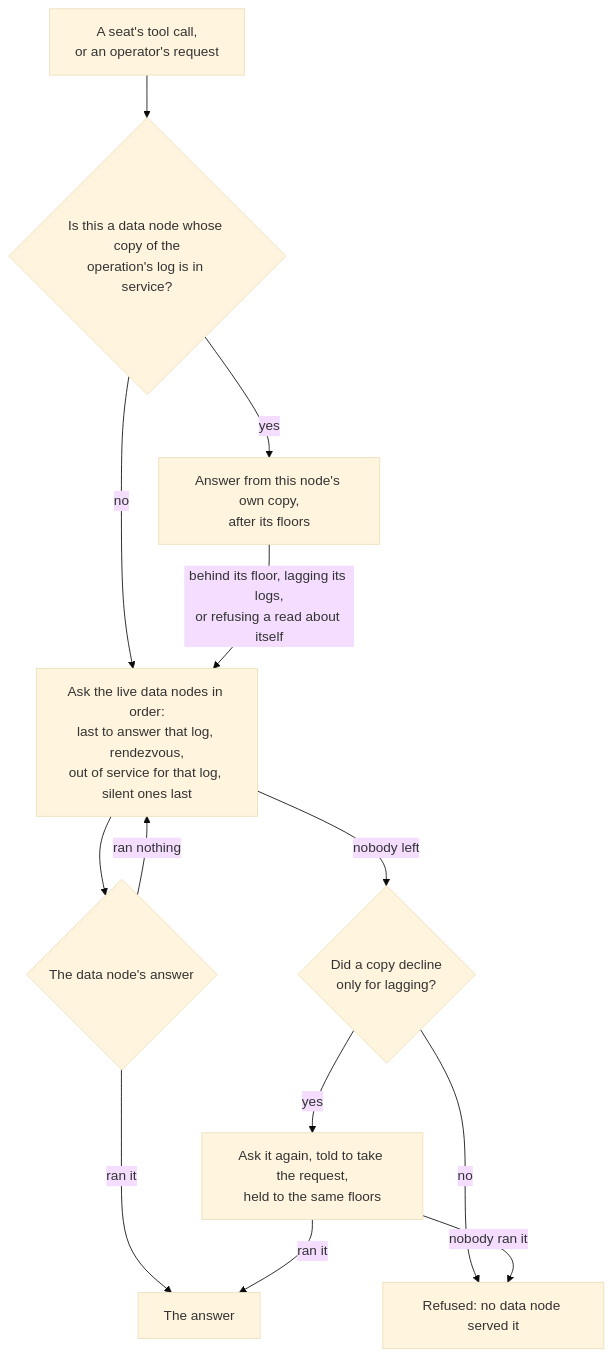
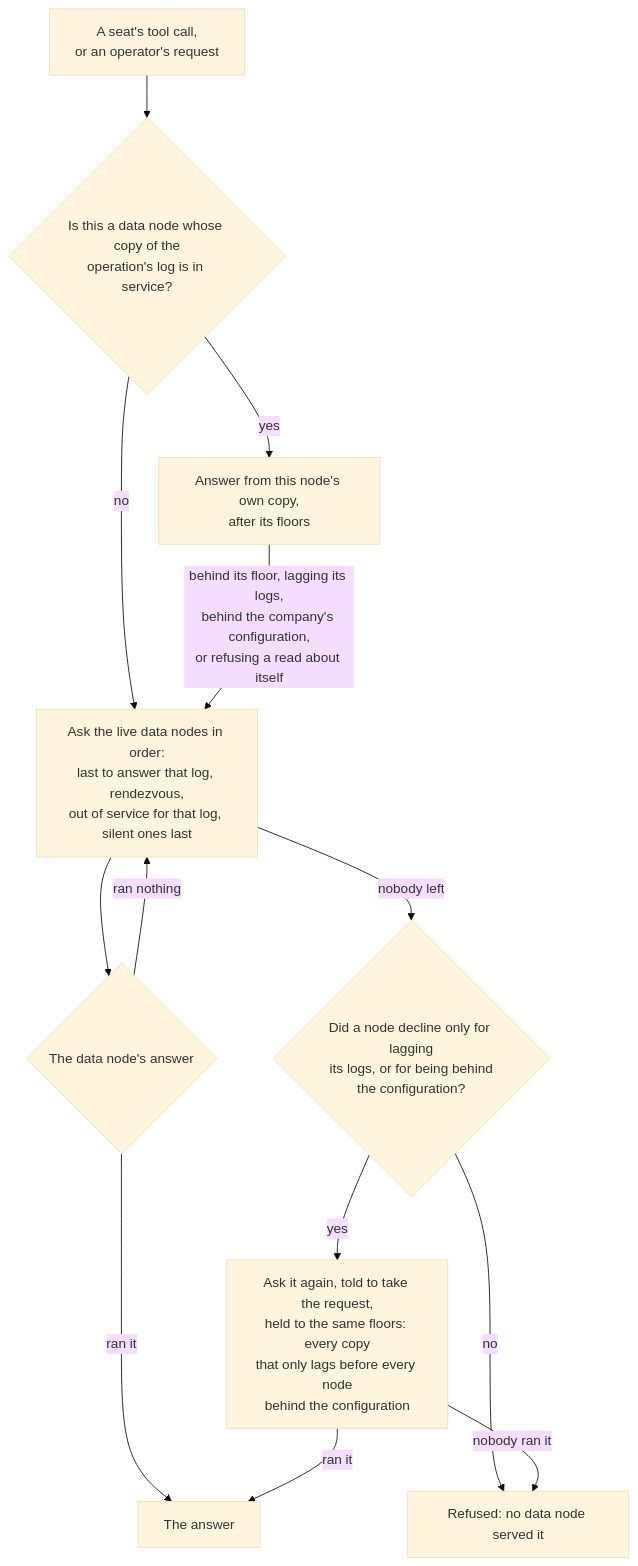
One commit to crewlet/crewlet changed the third of 3 diagrams in docs/concepts/scaling.md. Above: the diagram before and after it, drawn with Mermaid (base theme). The commit also changed other lines of this file and 12 other files, not shown here.

````diff
--- a/docs/concepts/scaling.md
+++ b/docs/concepts/scaling.md
@@ -306,15 +306,15 @@
 ```mermaid
 flowchart TD
     op[A seat's tool call,<br/>or an operator's request] --> local{Is this a data node whose copy of the<br/>operation's log is in service?}
     local -- yes --> own[Answer from this node's own copy,<br/>after its floors]
     local -- no --> order[Ask the live data nodes in order:<br/>last to answer that log, rendezvous,<br/>out of service for that log, silent ones last]
-    own -- behind its floor, lagging its logs,<br/>or refusing a read about itself --> order
+    own -- behind its floor, lagging its logs,<br/>behind the company's configuration,<br/>or refusing a read about itself --> order
     order --> reply{The data node's answer}
     reply -- ran it --> done[The answer]
     reply -- ran nothing --> order
-    order -- nobody left --> lagging{Did a copy decline<br/>only for lagging?}
-    lagging -- yes --> last[Ask it again, told to take the request,<br/>held to the same floors]
+    order -- nobody left --> lagging{Did a node decline only for lagging<br/>its logs, or for being behind<br/>the configuration?}
+    lagging -- yes --> last[Ask it again, told to take the request,<br/>held to the same floors: every copy<br/>that only lags before every node<br/>behind the configuration]
     last -- ran it --> done
     lagging -- no --> unserved[Refused: no data node served it]
     last -- nobody ran it --> unserved
 ```
````
